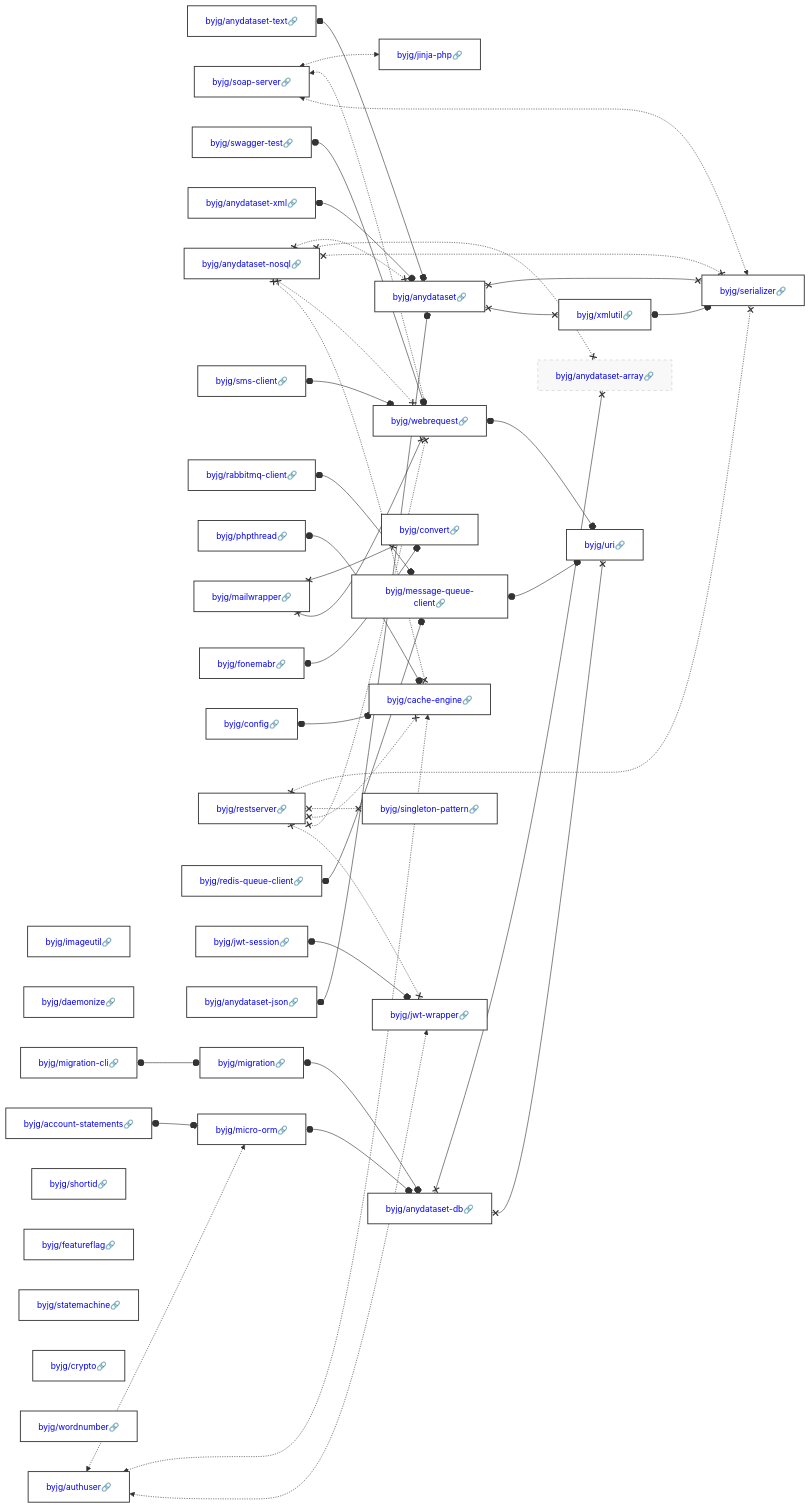
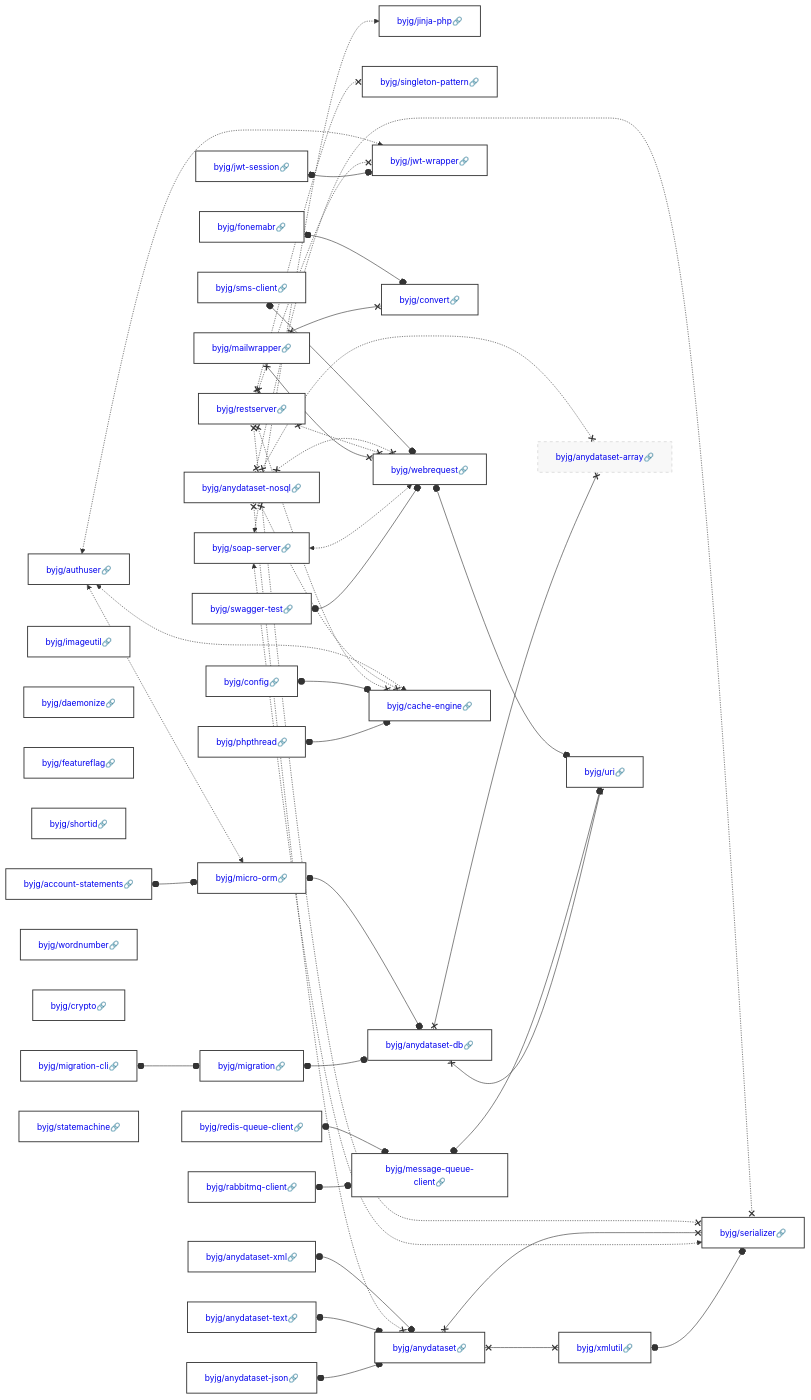
One commit to byjg/byjg.github.io changed the diagram in docs/php/README.md. Above: the diagram before and after it, drawn with Mermaid. The commit also changed other lines of this file and 1 other file, not shown here.

Commit message:
Update documentation 'php' 'php-jwt-wrapper'

````diff
--- a/docs/php/README.md
+++ b/docs/php/README.md
@@ -3,45 +3,45 @@
 ```mermaid
 graph LR;
+  byjg/migration-cli[<a href='https://opensource.byjg.com/docs/php/migration-cli' style='text-decoration:none'>byjg/migration-cli🔗</a>];
   byjg/imageutil[<a href='https://opensource.byjg.com/docs/php/imageutil' style='text-decoration:none'>byjg/imageutil🔗</a>];
-  byjg/daemonize[<a href='https://opensource.byjg.com/docs/php/daemonize' style='text-decoration:none'>byjg/daemonize🔗</a>];
-  byjg/anydataset-text[<a href='https://opensource.byjg.com/docs/php/anydataset-text' style='text-decoration:none'>byjg/anydataset-text🔗</a>];
   byjg/soap-server[<a href='https://opensource.byjg.com/docs/php/soap-server' style='text-decoration:none'>byjg/soap-server🔗</a>];
-  byjg/swagger-test[<a href='https://opensource.byjg.com/docs/php/swagger-test' style='text-decoration:none'>byjg/swagger-test🔗</a>];
-  byjg/account-statements[<a href='https://opensource.byjg.com/docs/php/account-statements' style='text-decoration:none'>byjg/account-statements🔗</a>];
-  byjg/anydataset-xml[<a href='https://opensource.byjg.com/docs/php/anydataset-xml' style='text-decoration:none'>byjg/anydataset-xml🔗</a>];
-  byjg/migration-cli[<a href='https://opensource.byjg.com/docs/php/migration-cli' style='text-decoration:none'>byjg/migration-cli🔗</a>];
-  byjg/anydataset-nosql[<a href='https://opensource.byjg.com/docs/php/anydataset-nosql' style='text-decoration:none'>byjg/anydataset-nosql🔗</a>];
-  byjg/shortid[<a href='https://opensource.byjg.com/docs/php/shortid' style='text-decoration:none'>byjg/shortid🔗</a>];
-  byjg/sms-client[<a href='https://opensource.byjg.com/docs/php/sms-client' style='text-decoration:none'>byjg/sms-client🔗</a>];
-  byjg/rabbitmq-client[<a href='https://opensource.byjg.com/docs/php/rabbitmq-client' style='text-decoration:none'>byjg/rabbitmq-client🔗</a>];
-  byjg/phpthread[<a href='https://opensource.byjg.com/docs/php/phpthread' style='text-decoration:none'>byjg/phpthread🔗</a>];
-  byjg/mailwrapper[<a href='https://opensource.byjg.com/docs/php/mailwrapper' style='text-decoration:none'>byjg/mailwrapper🔗</a>];
-  byjg/featureflag[<a href='https://opensource.byjg.com/docs/php/featureflag' style='text-decoration:none'>byjg/featureflag🔗</a>];
   byjg/fonemabr[<a href='https://opensource.byjg.com/docs/php/fonemabr' style='text-decoration:none'>byjg/fonemabr🔗</a>];
   byjg/config[<a href='https://opensource.byjg.com/docs/php/config' style='text-decoration:none'>byjg/config🔗</a>];
   byjg/restserver[<a href='https://opensource.byjg.com/docs/php/restserver' style='text-decoration:none'>byjg/restserver🔗</a>];
+  byjg/anydataset-text[<a href='https://opensource.byjg.com/docs/php/anydataset-text' style='text-decoration:none'>byjg/anydataset-text🔗</a>];
+  byjg/jwt-session[<a href='https://opensource.byjg.com/docs/php/jwt-session' style='text-decoration:none'>byjg/jwt-session🔗</a>];
+  byjg/swagger-test[<a href='https://opensource.byjg.com/docs/php/swagger-test' style='text-decoration:none'>byjg/swagger-test🔗</a>];
+  byjg/rabbitmq-client[<a href='https://opensource.byjg.com/docs/php/rabbitmq-client' style='text-decoration:none'>byjg/rabbitmq-client🔗</a>];
+  byjg/daemonize[<a href='https://opensource.byjg.com/docs/php/daemonize' style='text-decoration:none'>byjg/daemonize🔗</a>];
+  byjg/anydataset-nosql[<a href='https://opensource.byjg.com/docs/php/anydataset-nosql' style='text-decoration:none'>byjg/anydataset-nosql🔗</a>];
+  byjg/featureflag[<a href='https://opensource.byjg.com/docs/php/featureflag' style='text-decoration:none'>byjg/featureflag🔗</a>];
+  byjg/shortid[<a href='https://opensource.byjg.com/docs/php/shortid' style='text-decoration:none'>byjg/shortid🔗</a>];
+  byjg/anydataset-xml[<a href='https://opensource.byjg.com/docs/php/anydataset-xml' style='text-decoration:none'>byjg/anydataset-xml🔗</a>];
+  byjg/anydataset-json[<a href='https://opensource.byjg.com/docs/php/anydataset-json' style='text-decoration:none'>byjg/anydataset-json🔗</a>];
+  byjg/authuser[<a href='https://opensource.byjg.com/docs/php/authuser' style='text-decoration:none'>byjg/authuser🔗</a>];
+  byjg/wordnumber[<a href='https://opensource.byjg.com/docs/php/wordnumber' style='text-decoration:none'>byjg/wordnumber🔗</a>];
+  byjg/crypto[<a href='https://opensource.byjg.com/docs/php/crypto' style='text-decoration:none'>byjg/crypto🔗</a>];
+  byjg/mailwrapper[<a href='https://opensource.byjg.com/docs/php/mailwrapper' style='text-decoration:none'>byjg/mailwrapper🔗</a>];
+  byjg/redis-queue-client[<a href='https://opensource.byjg.com/docs/php/redis-queue-client' style='text-decoration:none'>byjg/redis-queue-client🔗</a>];
+  byjg/account-statements[<a href='https://opensource.byjg.com/docs/php/account-statements' style='text-decoration:none'>byjg/account-statements🔗</a>];
+  byjg/sms-client[<a href='https://opensource.byjg.com/docs/php/sms-client' style='text-decoration:none'>byjg/sms-client🔗</a>];
+  byjg/phpthread[<a href='https://opensource.byjg.com/docs/php/phpthread' style='text-decoration:none'>byjg/phpthread🔗</a>];
   byjg/statemachine[<a href='https://opensource.byjg.com/docs/php/statemachine' style='text-decoration:none'>byjg/statemachine🔗</a>];
-  byjg/crypto[<a href='https://opensource.byjg.com/docs/php/crypto' style='text-decoration:none'>byjg/crypto🔗</a>];
-  byjg/redis-queue-client[<a href='https://opensource.byjg.com/docs/php/redis-queue-client' style='text-decoration:none'>byjg/redis-queue-client🔗</a>];
-  byjg/wordnumber[<a href='https://opensource.byjg.com/docs/php/wordnumber' style='text-decoration:none'>byjg/wordnumber🔗</a>];
-  byjg/authuser[<a href='https://opensource.byjg.com/docs/php/authuser' style='text-decoration:none'>byjg/authuser🔗</a>];
-  byjg/jwt-session[<a href='https://opensource.byjg.com/docs/php/jwt-session' style='text-decoration:none'>byjg/jwt-session🔗</a>];
-  byjg/anydataset-json[<a href='https://opensource.byjg.com/docs/php/anydataset-json' style='text-decoration:none'>byjg/anydataset-json🔗</a>];
+  byjg/migration[<a href='https://opensource.byjg.com/docs/php/migration' style='text-decoration:none'>byjg/migration🔗</a>];
   byjg/jinja-php[<a href='https://opensource.byjg.com/docs/php/jinja-php' style='text-decoration:none'>byjg/jinja-php🔗</a>];
-  byjg/migration[<a href='https://opensource.byjg.com/docs/php/migration' style='text-decoration:none'>byjg/migration🔗</a>];
+  byjg/singleton-pattern[<a href='https://opensource.byjg.com/docs/php/singleton-pattern' style='text-decoration:none'>byjg/singleton-pattern🔗</a>];
+  byjg/anydataset[<a href='https://opensource.byjg.com/docs/php/anydataset' style='text-decoration:none'>byjg/anydataset🔗</a>];
+  byjg/jwt-wrapper[<a href='https://opensource.byjg.com/docs/php/jwt-wrapper' style='text-decoration:none'>byjg/jwt-wrapper🔗</a>];
   byjg/convert[<a href='https://opensource.byjg.com/docs/php/convert' style='text-decoration:none'>byjg/convert🔗</a>];
-  byjg/singleton-pattern[<a href='https://opensource.byjg.com/docs/php/singleton-pattern' style='text-decoration:none'>byjg/singleton-pattern🔗</a>];
-  byjg/webrequest[<a href='https://opensource.byjg.com/docs/php/webrequest' style='text-decoration:none'>byjg/webrequest🔗</a>];
   byjg/message-queue-client[<a href='https://opensource.byjg.com/docs/php/message-queue-client' style='text-decoration:none'>byjg/message-queue-client🔗</a>];
   byjg/micro-orm[<a href='https://opensource.byjg.com/docs/php/micro-orm' style='text-decoration:none'>byjg/micro-orm🔗</a>];
+  byjg/webrequest[<a href='https://opensource.byjg.com/docs/php/webrequest' style='text-decoration:none'>byjg/webrequest🔗</a>];
   byjg/cache-engine[<a href='https://opensource.byjg.com/docs/php/cache-engine' style='text-decoration:none'>byjg/cache-engine🔗</a>];
-  byjg/jwt-wrapper[<a href='https://opensource.byjg.com/docs/php/jwt-wrapper' style='text-decoration:none'>byjg/jwt-wrapper🔗</a>];
-  byjg/anydataset[<a href='https://opensource.byjg.com/docs/php/anydataset' style='text-decoration:none'>byjg/anydataset🔗</a>];
+  byjg/xmlutil[<a href='https://opensource.byjg.com/docs/php/xmlutil' style='text-decoration:none'>byjg/xmlutil🔗</a>];
   byjg/anydataset-db[<a href='https://opensource.byjg.com/docs/php/anydataset-db' style='text-decoration:none'>byjg/anydataset-db🔗</a>];
-  byjg/xmlutil[<a href='https://opensource.byjg.com/docs/php/xmlutil' style='text-decoration:none'>byjg/xmlutil🔗</a>];
+  byjg/serializer[<a href='https://opensource.byjg.com/docs/php/serializer' style='text-decoration:none'>byjg/serializer🔗</a>];
   byjg/anydataset-array[<a href='https://opensource.byjg.com/docs/php/anydataset-array' style='text-decoration:none'>byjg/anydataset-array🔗</a>];
   byjg/uri[<a href='https://opensource.byjg.com/docs/php/uri' style='text-decoration:none'>byjg/uri🔗</a>];
-  byjg/serializer[<a href='https://opensource.byjg.com/docs/php/serializer' style='text-decoration:none'>byjg/serializer🔗</a>];
   byjg/xmlutil o--o byjg/serializer;
   byjg/rabbitmq-client o--o byjg/message-queue-client;
   byjg/migration o--o byjg/anydataset-db;
````
